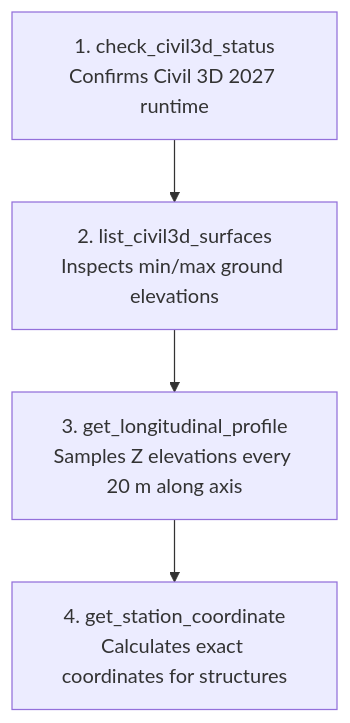
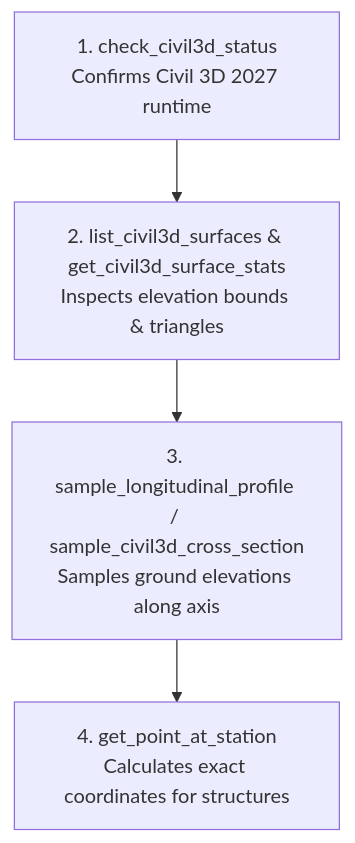
One commit to LuiccianDev/autocad-mcp changed the third of 4 diagrams in docs/TOOLS_CHEAT_SHEET.md. Above: the diagram before and after it, drawn with Mermaid. The commit also changed other lines of this file and 5 other files, not shown here.

````diff
--- a/docs/TOOLS_CHEAT_SHEET.md
+++ b/docs/TOOLS_CHEAT_SHEET.md
@@ -88,6 +73,6 @@
 ```mermaid
 flowchart TD
-    A["1. check_civil3d_status\nConfirms Civil 3D 2027 runtime"] --> B["2. list_civil3d_surfaces\nInspects min/max ground elevations"]
-    B --> C["3. get_longitudinal_profile\nSamples Z elevations every 20 m along axis"]
-    C --> D["4. get_station_coordinate\nCalculates exact coordinates for structures"]
+    A["1. check_civil3d_status\nConfirms Civil 3D 2027 runtime"] --> B["2. list_civil3d_surfaces & get_civil3d_surface_stats\nInspects elevation bounds & triangles"]
+    B --> C["3. sample_longitudinal_profile / sample_civil3d_cross_section\nSamples ground elevations along axis"]
+    C --> D["4. get_point_at_station\nCalculates exact coordinates for structures"]
 ```
````
